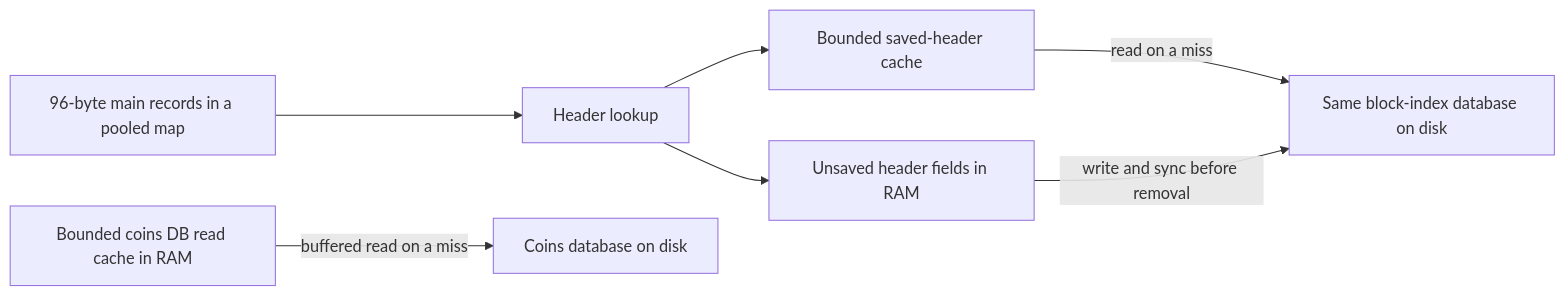
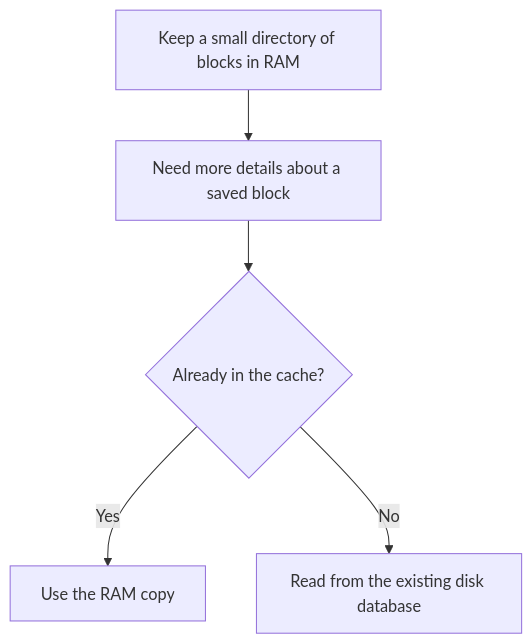
Before and after one commit to DigiByte-Core/digibyte: the diagram in RAM_IMPROVE.md, drawn with Mermaid. The commit also changed other lines of this file and 2 other files, not shown here.

Commit message:
DOCS: clarify v9.26.6 release notes and RAM guide

````diff
--- a/RAM_IMPROVE.md
+++ b/RAM_IMPROVE.md
@@ -23,9 +50,11 @@
 ```mermaid
-flowchart LR
-    Hot[96-byte main records in a pooled map] --> Source[Header lookup]
-    Source --> Pending[Unsaved header fields in RAM]
-    Source --> Cache[Bounded saved-header cache]
-    Cache -->|read on a miss| DB[Same block-index database on disk]
-    Pending -->|write and sync before removal| DB
-    CoinsCache[Bounded coins DB read cache in RAM] -->|buffered read on a miss| Coins[Coins database on disk]
+flowchart TD
+    A[Keep a small directory of blocks in RAM]
+    B[Need more details about a saved block]
+    C{Already in the cache?}
+    D[Use the RAM copy]
+    E[Read from the existing disk database]
+    A --> B --> C
+    C -->|Yes| D
+    C -->|No| E
 ```
````
